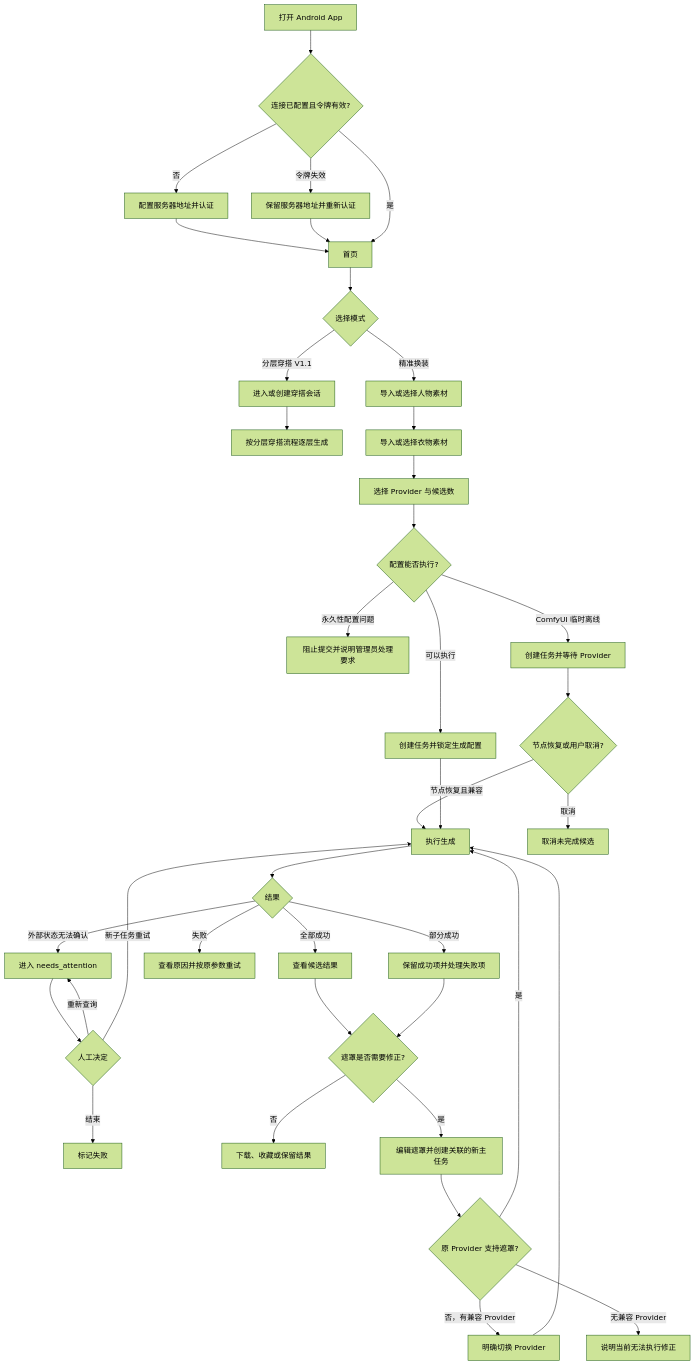
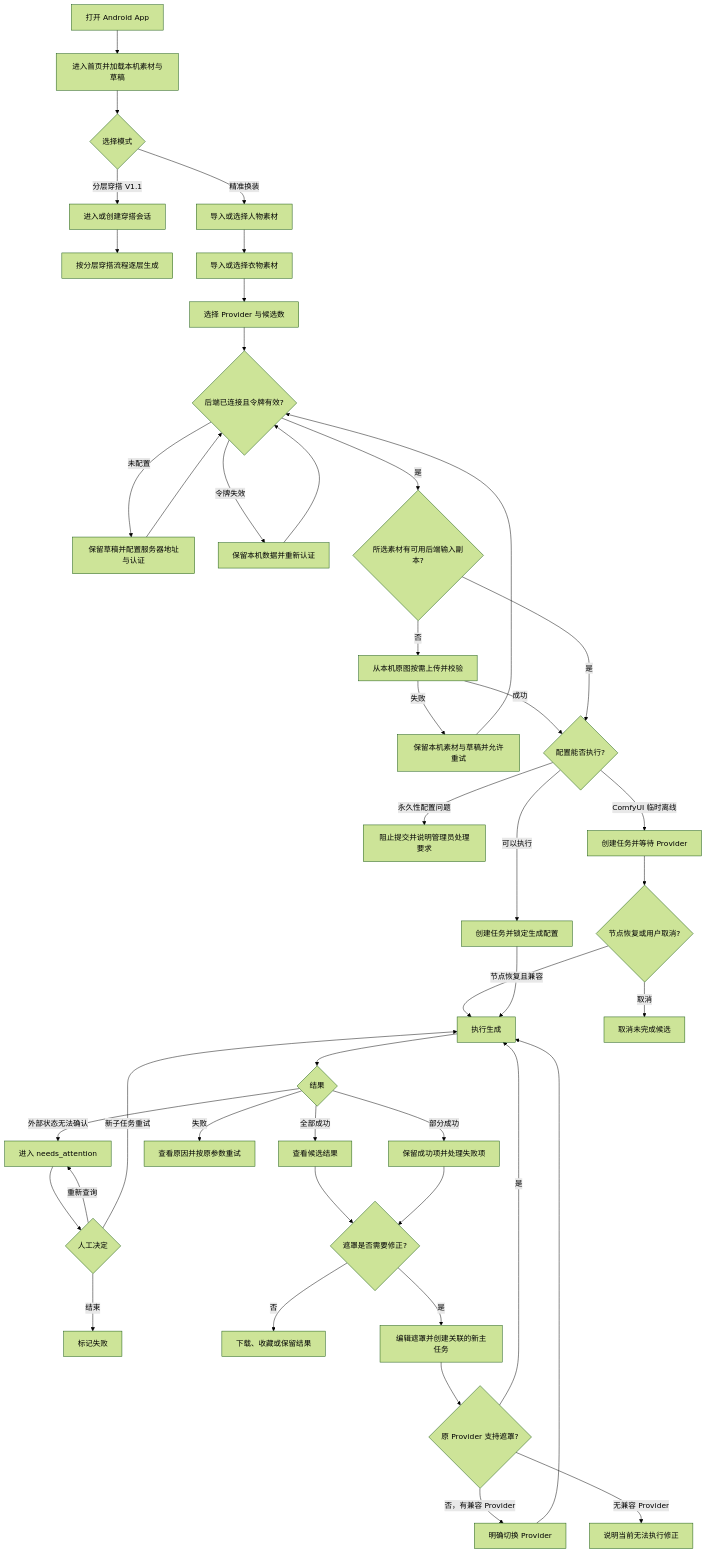
One commit to xfl187/clothes_model changed the first of 6 diagrams in docs/product-flow.md. Above: the diagram before and after it, drawn with Mermaid (forest theme). The commit also changed other lines of this file and 79 other files, not shown here.

````diff
--- a/docs/product-flow.md
+++ b/docs/product-flow.md
@@ -9,46 +9,50 @@
 ```mermaid
 flowchart TD
-    A[打开 Android App] --> B{连接已配置且令牌有效?}
-    B -->|否| C[配置服务器地址并认证]
-    B -->|令牌失效| D[保留服务器地址并重新认证]
-    C --> E[首页]
-    D --> E
-    B -->|是| E
-
+    A[打开 Android App] --> E[进入首页并加载本机素材与草稿]
     E --> E1{选择模式}
     E1 -->|精准换装| F[导入或选择人物素材]
     E1 -->|分层穿搭 V1.1| LA[进入或创建穿搭会话]
     LA --> LB[按分层穿搭流程逐层生成]
     F --> G[导入或选择衣物素材]
     G --> H[选择 Provider 与候选数]
-    H --> I{配置能否执行?}
+    H --> B{后端已连接且令牌有效?}
+    B -->|未配置| C[保留草稿并配置服务器地址与认证]
+    B -->|令牌失效| D[保留本机数据并重新认证]
+    C --> B
+    D --> B
+    B -->|是| BC{所选素材有可用后端输入副本?}
+    BC -->|否| BD[从本机原图按需上传并校验]
+    BD -->|失败| BE[保留本机素材与草稿并允许重试]
+    BE --> B
+    BD -->|成功| I{配置能否执行?}
+    BC -->|是| I
     I -->|永久性配置问题| J[阻止提交并说明管理员处理要求]
     I -->|ComfyUI 临时离线| K[创建任务并等待 Provider]
     I -->|可以执行| L[创建任务并锁定生成配置]
 
     K --> M{节点恢复或用户取消?}
     M -->|节点恢复且兼容| N[执行生成]
     M -->|取消| O[取消未完成候选]
     L --> N
 
     N --> P{结果}
     P -->|全部成功| Q[查看候选结果]
     P -->|部分成功| R[保留成功项并处理失败项]
     P -->|失败| S[查看原因并按原参数重试]
     P -->|外部状态无法确认| T[进入 needs_attention]
 
     T --> U{人工决定}
     U -->|重新查询| T
     U -->|新子任务重试| N
     U -->|结束| V[标记失败]
 
     Q --> W{遮罩是否需要修正?}
     R --> W
     W -->|否| X[下载、收藏或保留结果]
     W -->|是| Y[编辑遮罩并创建关联的新主任务]
     Y --> Z{原 Provider 支持遮罩?}
     Z -->|是| N
     Z -->|否，有兼容 Provider| AA[明确切换 Provider]
     AA --> N
     Z -->|无兼容 Provider| AB[说明当前无法执行修正]
 ```
````
